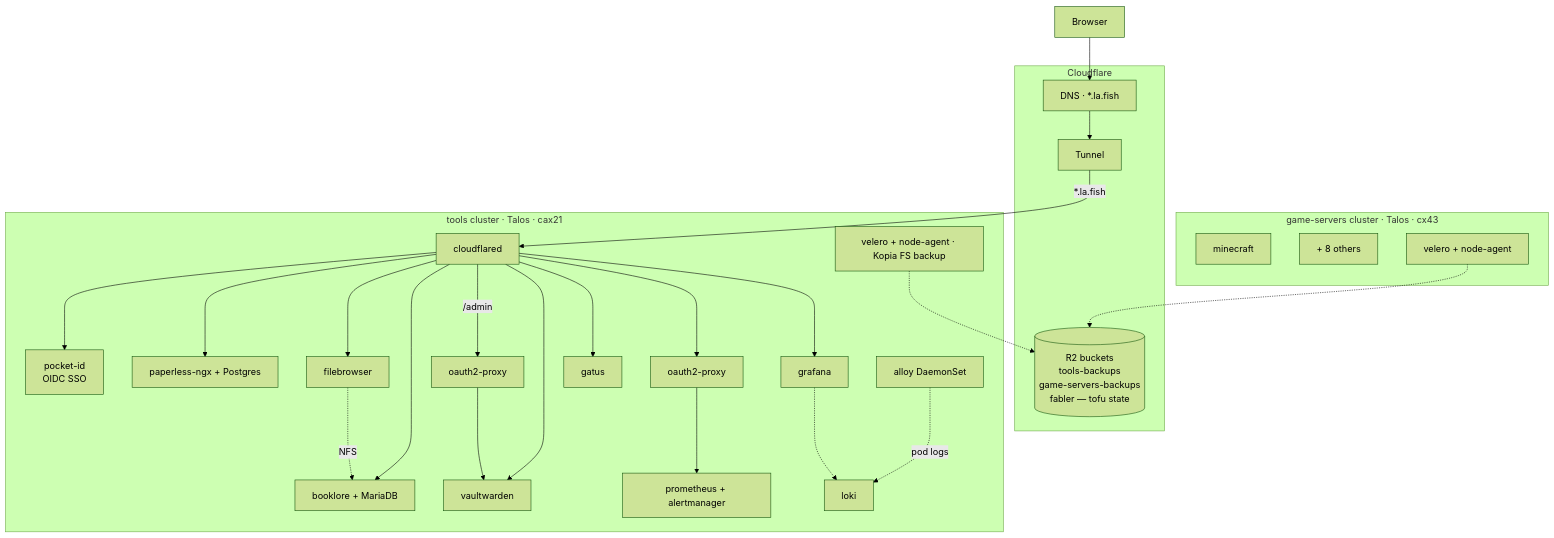
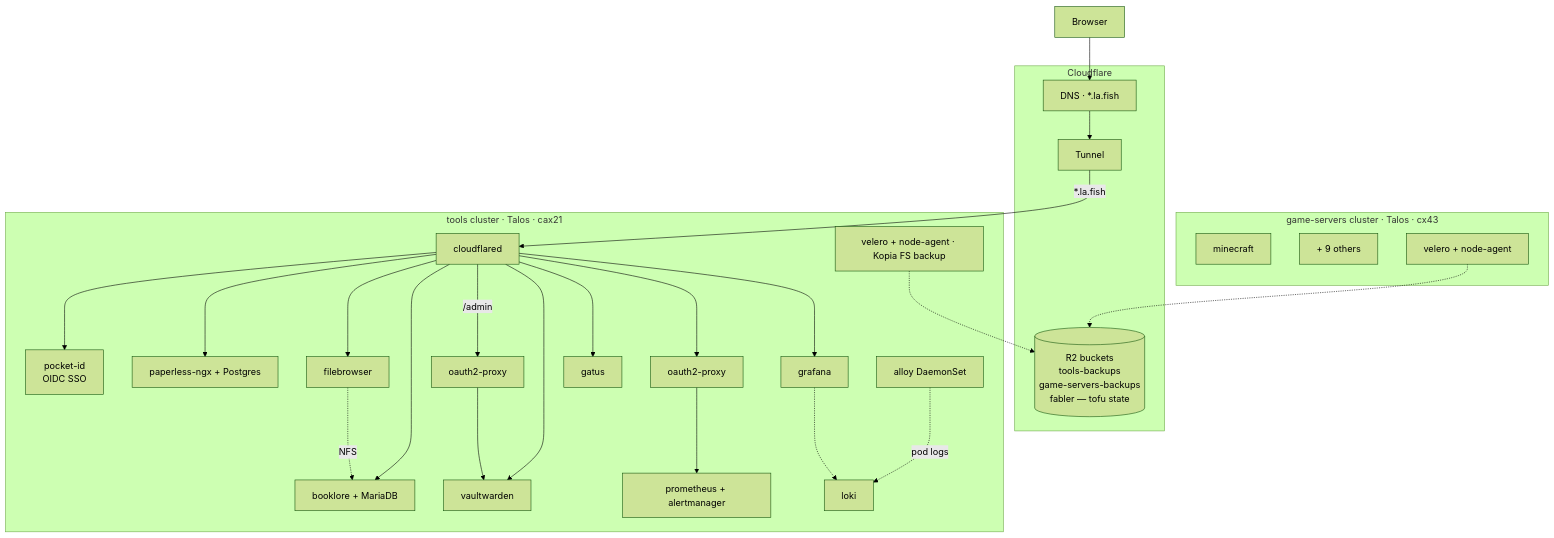
The diagram in README.md (idarlafish/homelab), drawn with Mermaid (forest theme) before and after one commit. The commit also changed other lines of this file and 12 other files, not shown here.

````diff
--- a/README.md
+++ b/README.md
@@ -20,40 +20,40 @@
 ```mermaid
 flowchart TD
     Browser --> CFDNS
 
     subgraph CF[Cloudflare]
         CFDNS[DNS · *.la.fish]
         CFTUN[Tunnel]
         CFR2[(R2 buckets<br/>tools-backups<br/>game-servers-backups<br/>fabler — tofu state)]
         CFDNS --> CFTUN
     end
 
     subgraph TOOLS[tools cluster · Talos · cax21]
         CFD[cloudflared]
         CFD --> PID[pocket-id<br/>OIDC SSO]
         CFD --> BL[booklore + MariaDB]
         CFD --> PL[paperless-ngx + Postgres]
         CFD --> VW[vaultwarden]
         CFD -->|"/admin"| O2V[oauth2-proxy] --> VW
         CFD --> FB[filebrowser]
         CFD --> GRF[grafana]
         CFD --> O2P[oauth2-proxy] --> PRM[prometheus + alertmanager]
         CFD --> GTS[gatus]
         ALY[alloy DaemonSet] -.->|pod logs| LK[loki]
         GRF -.-> LK
 
         VLR[velero + node-agent · Kopia FS backup]
         FB -. NFS .-> BL
     end
 
     subgraph GAMES[game-servers cluster · Talos · cx43]
         MC[minecraft]
-        OTH[+ 8 others]
+        OTH[+ 9 others]
         VLG[velero + node-agent]
     end
 
     CFTUN -->|*.la.fish| CFD
 
     VLR .-> CFR2
     VLG .-> CFR2
 ```
````
